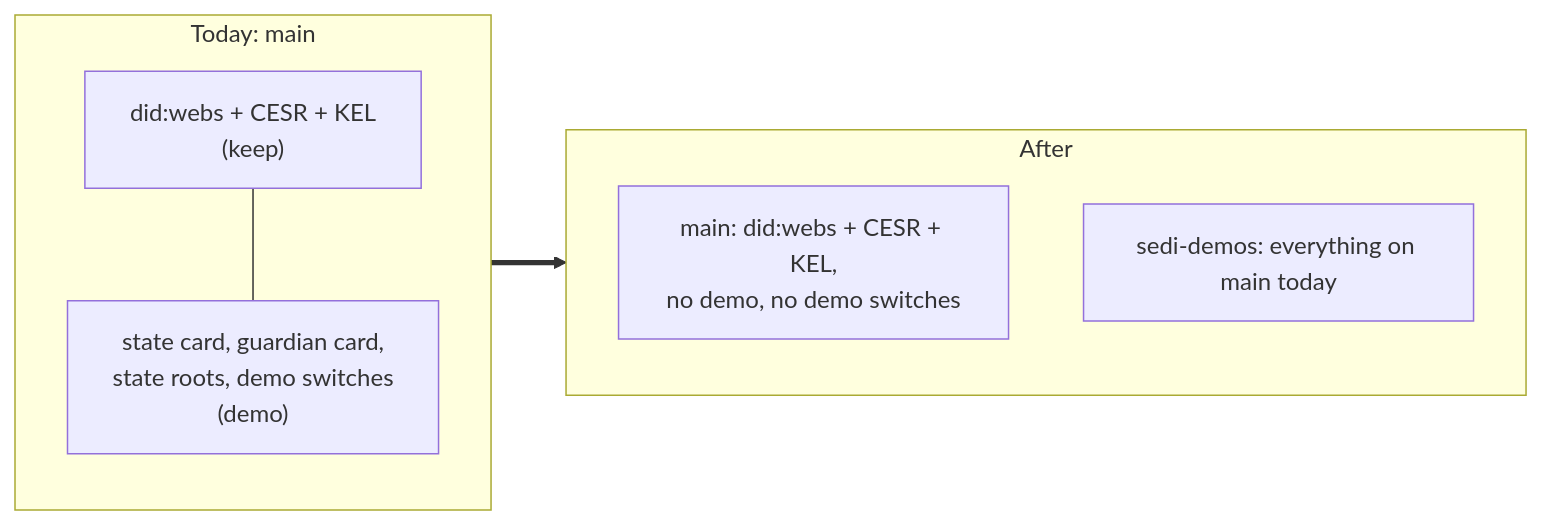
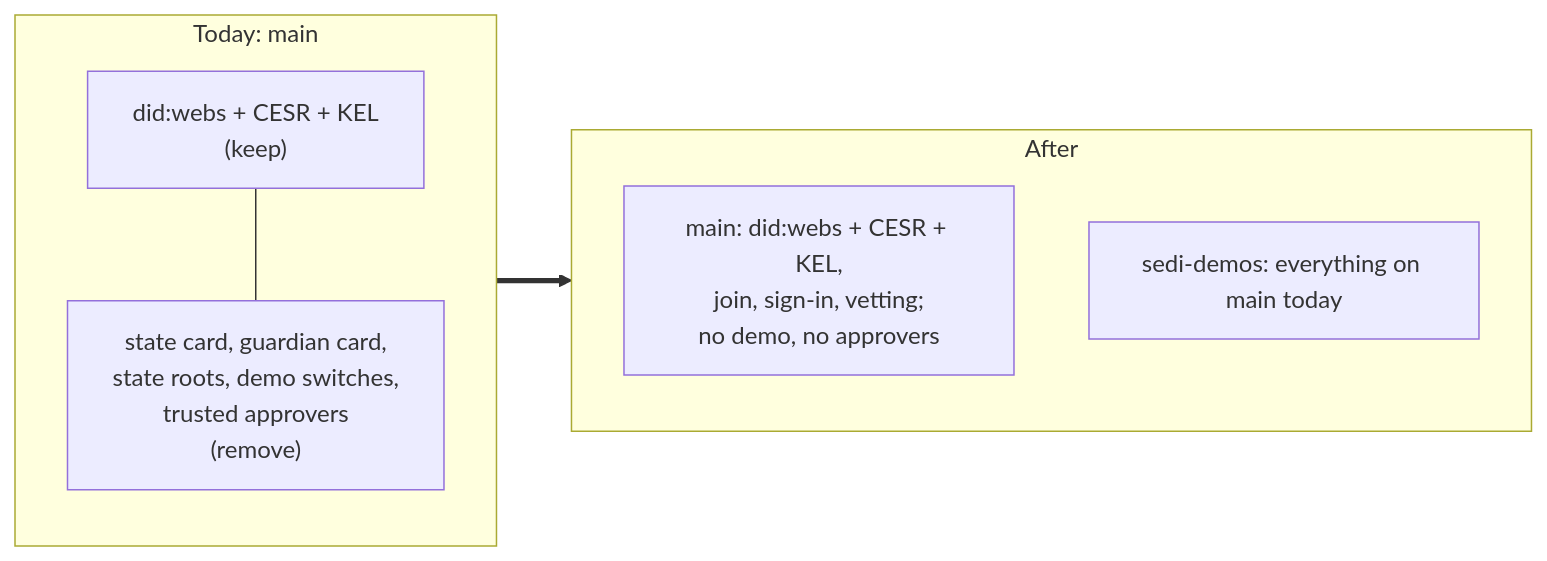
Before and after one commit to berkmancenter/keyring-wallet: the diagram in docs/plans/sedi-demos-move-plan.md, drawn with Mermaid. The commit also changed other lines of this file and 3 other files, not shown here.

First line of the commit message:
docs(plans): widen the SEDI move to guardianship and trusted approvers, and trace join, sign-in and vetting

````diff
--- a/docs/plans/sedi-demos-move-plan.md
+++ b/docs/plans/sedi-demos-move-plan.md
@@ -23,15 +28,15 @@
 ```mermaid
 flowchart LR
   subgraph today["Today: main"]
     direction TB
     K["did:webs + CESR + KEL<br/>(keep)"]
-    D["state card, guardian card,<br/>state roots, demo switches<br/>(demo)"]
+    D["state card, guardian card,<br/>state roots, demo switches,<br/>trusted approvers<br/>(remove)"]
     K --- D
   end
   subgraph after["After"]
     direction TB
-    M["main: did:webs + CESR + KEL,<br/>no demo, no demo switches"]
+    M["main: did:webs + CESR + KEL,<br/>join, sign-in, vetting;<br/>no demo, no approvers"]
     S["sedi-demos: everything on main today"]
   end
   today ==> after
 ```
````
